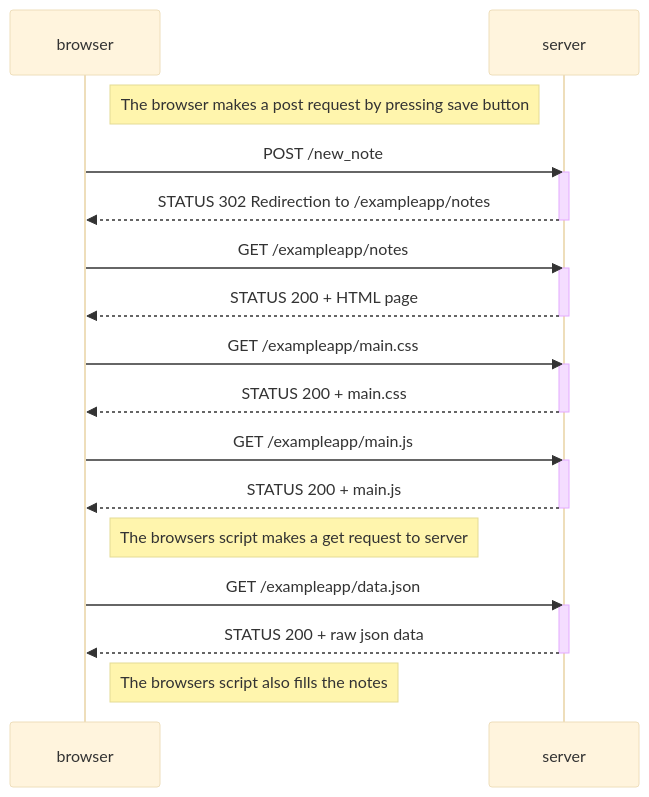
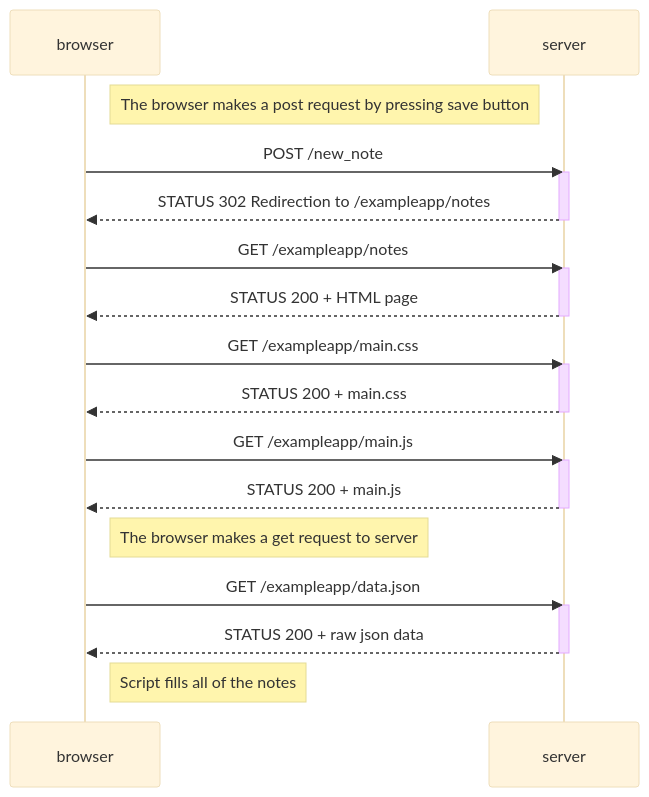
Before and after one commit to eetukoljonen/fullstackopen: the diagram in part0/new_note_diagram.md, drawn with Mermaid (base theme).

````diff
--- a/part0/new_note_diagram.md
+++ b/part0/new_note_diagram.md
@@ -1,33 +1,33 @@
 ```mermaid
 sequenceDiagram
   participant browser
   participant server
 
   Note right of browser: The browser makes a post request by pressing save button
   browser->>server: POST /new_note
   activate server
   server-->>browser: STATUS 302 Redirection to /exampleapp/notes
   deactivate server
 
   browser->>server: GET /exampleapp/notes
   activate server
   server-->>browser: STATUS 200 + HTML page
   deactivate server
 
   browser->>server: GET /exampleapp/main.css
   activate server
   server-->>browser: STATUS 200 + main.css
   deactivate server
 
   browser->>server: GET /exampleapp/main.js
   activate server
   server-->>browser: STATUS 200 + main.js
   deactivate server
 
-  Note right of browser: The browsers script makes a get request to server
+  Note right of browser: The browser makes a get request to server
   browser->>server: GET /exampleapp/data.json
   activate server
   server-->>browser: STATUS 200 + raw json data
   deactivate server
-  Note right of browser: The browsers script also fills the notes
+  Note right of browser: Script fills all of the notes
 ```
````
